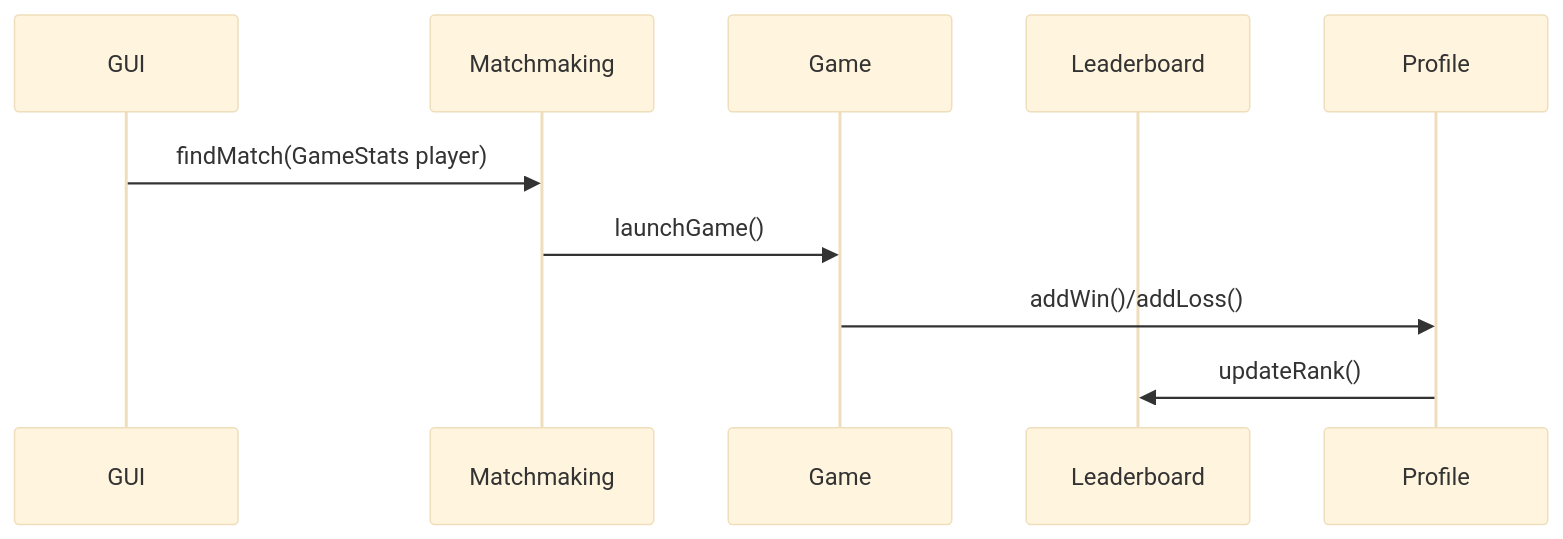
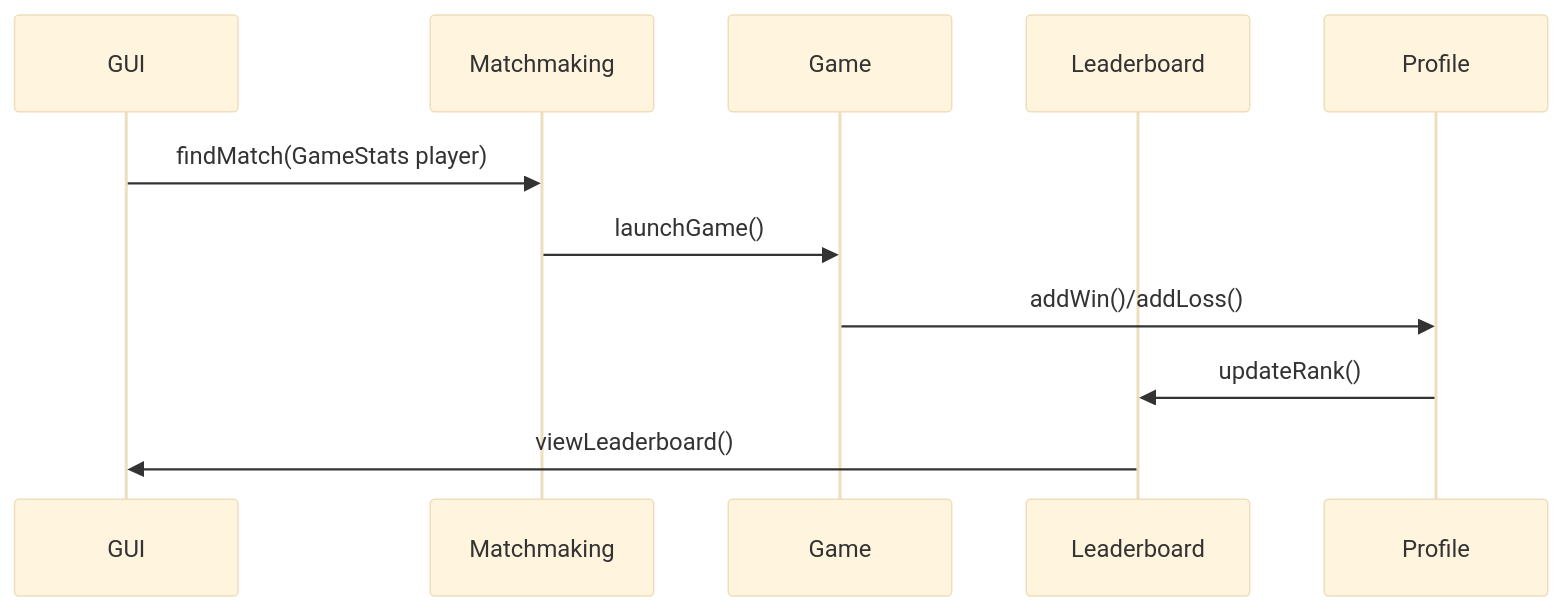
The diagram in src documentation/leaderboard_and_matchmaking/leaderboard_documentation.md (kelsierfin/BasicGamingPlatform), drawn with Mermaid (base theme) before and after one commit. The commit also changed other lines of this file, not shown here.

Commit message:
Updated leaderboard documentation

````diff
--- a/src documentation/leaderboard_and_matchmaking/leaderboard_documentation.md
+++ b/src documentation/leaderboard_and_matchmaking/leaderboard_documentation.md
@@ -22,13 +19,14 @@
 ```mermaid
 sequenceDiagram
     participant GUI
     participant Matchmaking
     participant Game 
     participant Leaderboard
     participant Profile
     
     GUI->>Matchmaking: findMatch(GameStats player)
     Matchmaking->>Game: launchGame()
     Game->>Profile: addWin()/addLoss()
     Profile->>Leaderboard: updateRank()
+    Leaderboard->>GUI: viewLeaderboard()
 ```
````
